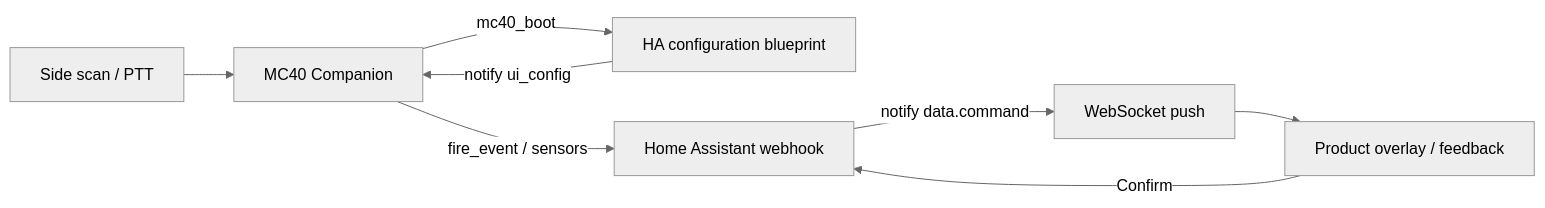
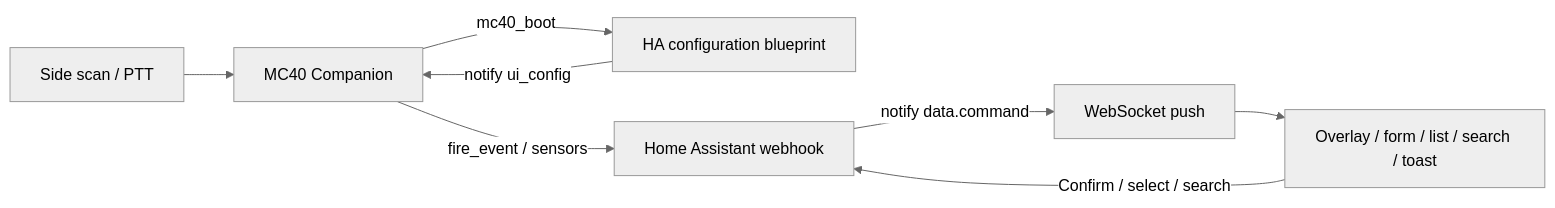
The diagram in docs/architecture.md (pantherale0/motorola-mc40), drawn with Mermaid (neutral theme) before and after one commit. The commit also changed other lines of this file and 20 other files, not shown here.

````diff
--- a/docs/architecture.md
+++ b/docs/architecture.md
@@ -5,10 +5,10 @@
 ```mermaid
 flowchart LR
   app -->|mc40_boot| config[HA configuration blueprint]
   config -->|notify ui_config| app
   trigger[Side scan / PTT] --> app[MC40 Companion]
   app -->|fire_event / sensors| ha[Home Assistant webhook]
   ha -->|notify data.command| ws[WebSocket push]
-  ws --> overlay[Product overlay / feedback]
-  overlay -->|Confirm| ha
+  ws --> overlay[Overlay / form / list / search / toast]
+  overlay -->|Confirm / select / search| ha
 ```
````
